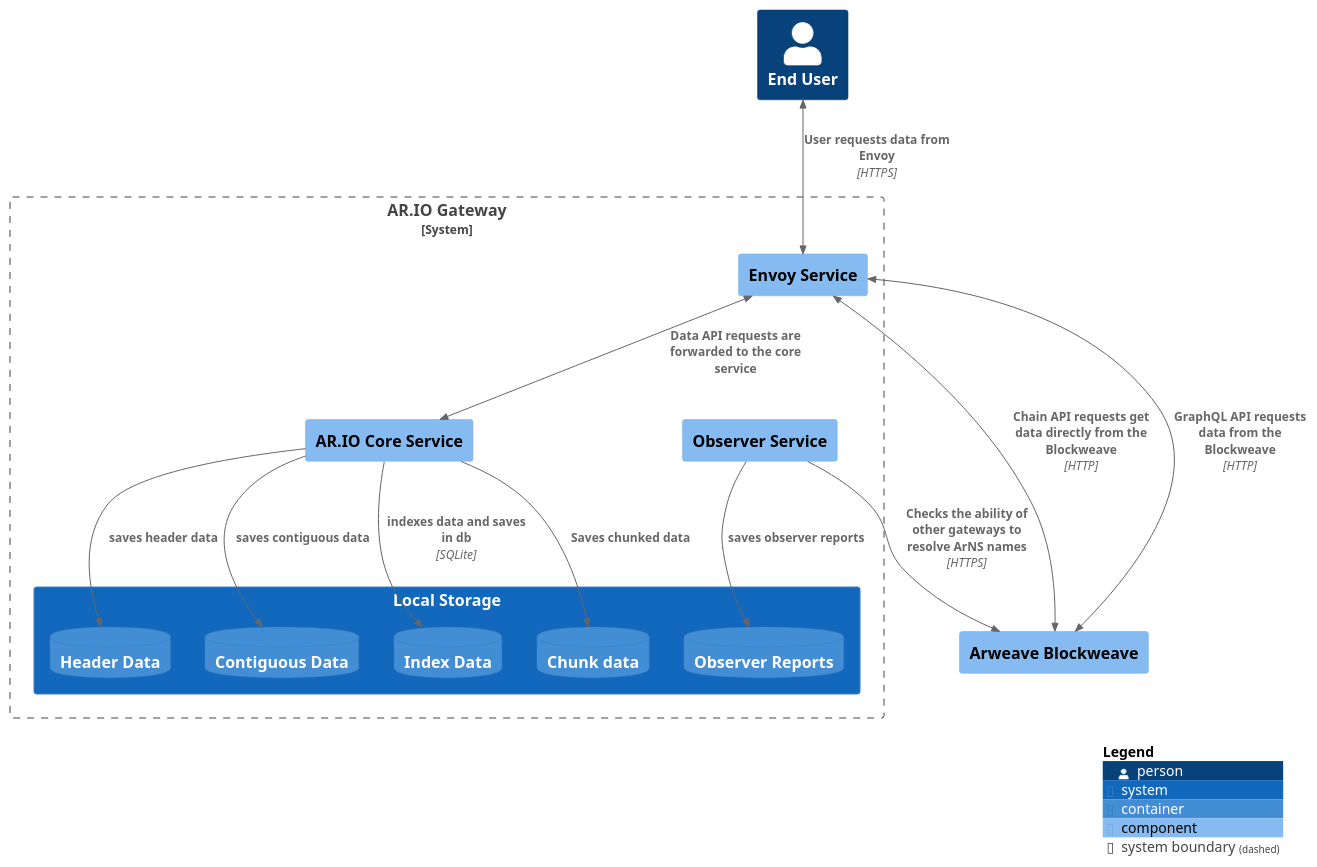
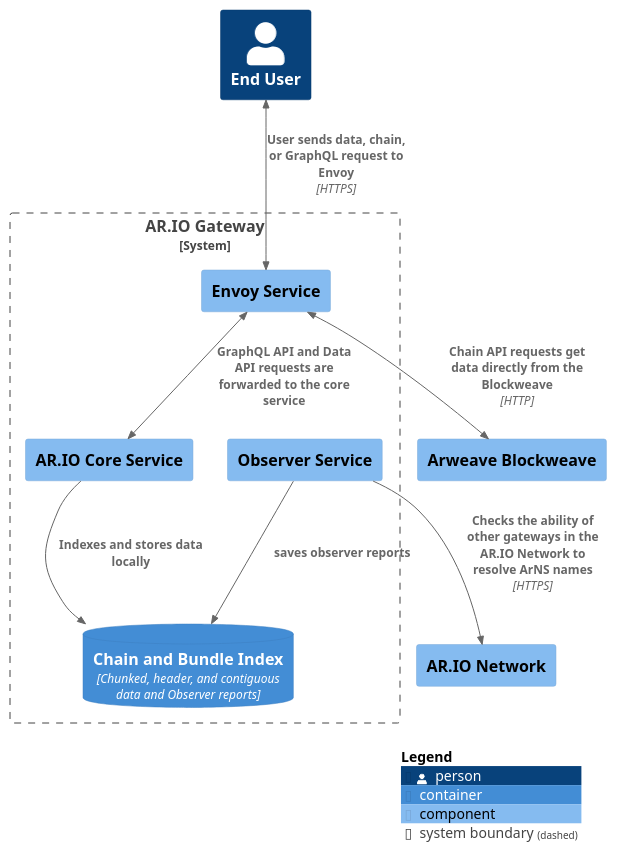
The diagram in docs/diagrams/src/Gateway.puml (ar-io/ar-io-node), drawn with PlantUML before and after one commit. The commit also changed 2 other files, not shown here.

Commit message:
docs(diagrams): Updated diagrams based on feedback

```diff
--- a/docs/diagrams/src/Gateway.puml
+++ b/docs/diagrams/src/Gateway.puml
@@ -1,49 +1,41 @@
 @startuml Gateway
 
 
 !include ./C4_Context.puml
 !include ./C4_Container.puml
 !include ./C4_Component.puml
 
 ' Set Layout
 LAYOUT_TOP_DOWN()
 
 
 ' Define Elements
 
 Person(user, "End User")
 Component(arweave, "Arweave Blockweave")
+Component(network, "AR.IO Network")
 
 System_Boundary(ar-io, "AR.IO Gateway"){
     Component(core, "AR.IO Core Service")
     Component(envoy, "Envoy Service")
     Component(observer, "Observer Service")
 
-    System(storage, "Local Storage"){
-        ContainerDb(chunks, "Chunk data")
-        ContainerDb(headers, "Header Data")
-        ContainerDb(contiguous, "Contiguous Data")
-        ContainerDb(indexes, "Index Data")
-        ContainerDb(reports, "Observer Reports")
-    }
+    ContainerDb(index, "Chain and Bundle Index", "Chunked, header, and contiguous data and Observer reports")
 }
 
 ' Relationships
-BiRel(user, envoy, "User requests data from Envoy", "HTTPS" )
+BiRel(user, envoy, "User sends data, chain, or GraphQL request to Envoy", "HTTPS" )
 BiRel(envoy, arweave, "Chain API requests get data directly from the Blockweave", "HTTP")
-BiRel(envoy, arweave, "GraphQL API requests data from the Blockweave", "HTTP")
-BiRel(envoy, core, "Data API requests are forwarded to the core service")
-
-Rel(core, chunks, "Saves chunked data")
-Rel(core, headers, "saves header data")
-Rel(core, contiguous, "saves contiguous data")
-Rel(core, indexes, "indexes data and saves in db", "SQLite")
+BiRel(envoy, core, "GraphQL API and Data API requests are forwarded to the core service")
 
 
-Rel(observer, reports, "saves observer reports")
-Rel(observer, arweave, "Checks the ability of other gateways to resolve ArNS names", "HTTPS")
+Rel(core, index, "Indexes and stores data locally")
+
+
+Rel(observer, index, "saves observer reports")
+Rel(observer, network, "Checks the ability of other gateways in the AR.IO Network to resolve ArNS names", "HTTPS")
 
 ' Legend
 SHOW_LEGEND()
 
 @enduml
```
